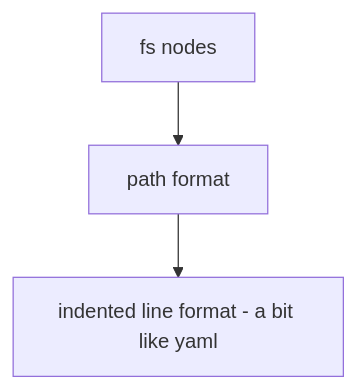
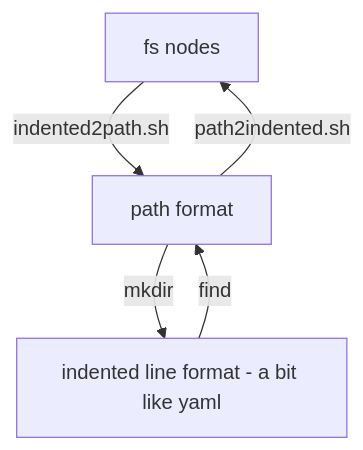
One commit to sarnobat/html_tools changed the diagram in README.md. Above: the diagram before and after it, drawn with Mermaid.

````diff
--- a/README.md
+++ b/README.md
@@ -18,9 +18,10 @@
 ```mermaid
 flowchart TB
 
 a[fs nodes]
 b[path format]
 c[indented line format - a bit like yaml]
 
-a --> b --> c
+a -->|indented2path.sh| b -->|mkdir| c
+c -->|find| b -->|path2indented.sh| a
 ```
````
